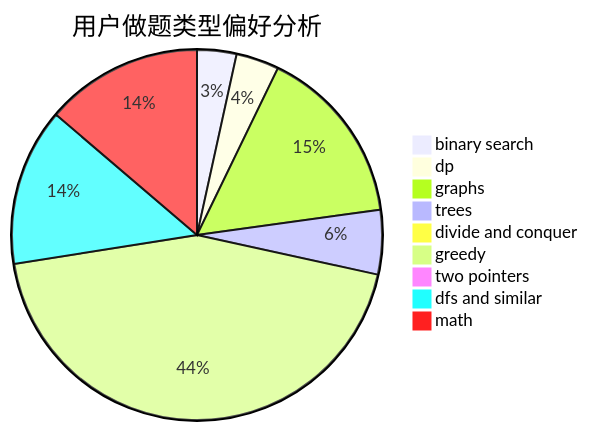
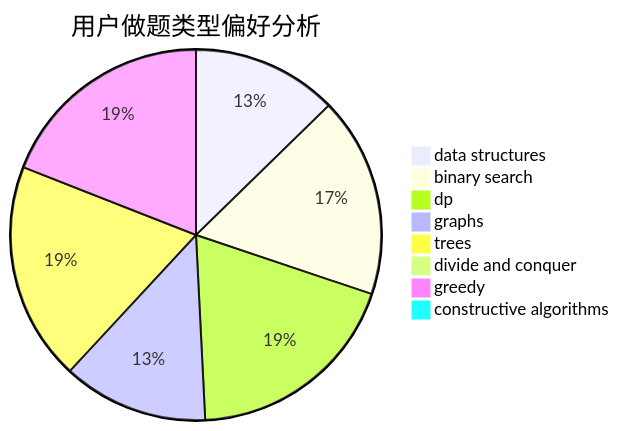
The second of 3 diagrams in docs/user/u777.md (sherpahu/cfrs.github.io), drawn with Mermaid before and after one commit. The commit also changed other lines of this file and 2775 other files, not shown here.

````diff
--- a/docs/user/u777.md
+++ b/docs/user/u777.md
@@ -23,12 +23,11 @@
 ```mermaid
 pie title 用户做题类型偏好分析
+    "data structures" :  8
     "binary search" :  11
     "dp" :  12
-    "graphs" :  50
-    "trees" :  18
+    "graphs" :  8
+    "trees" :  12
     "divide and conquer" :  0
-    "greedy" :  141
-    "two pointers" :  3
-    "dfs and similar" :  44
-    "math" :  44
+    "greedy" :  12
+    "constructive algorithms" :  0
 ```
````
